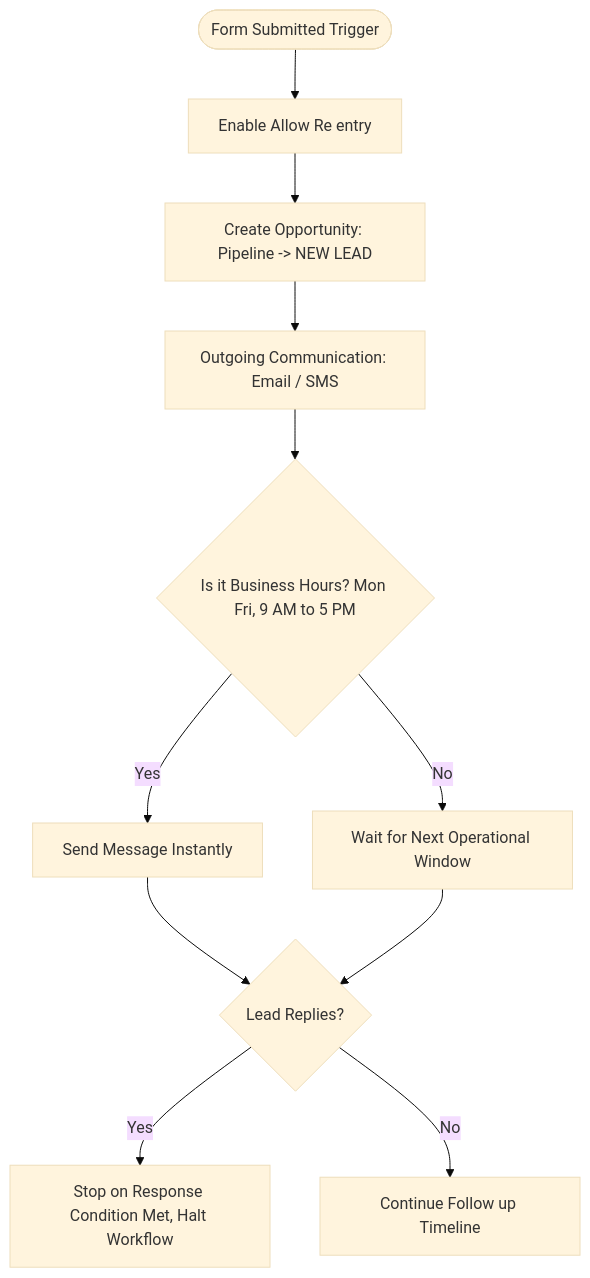
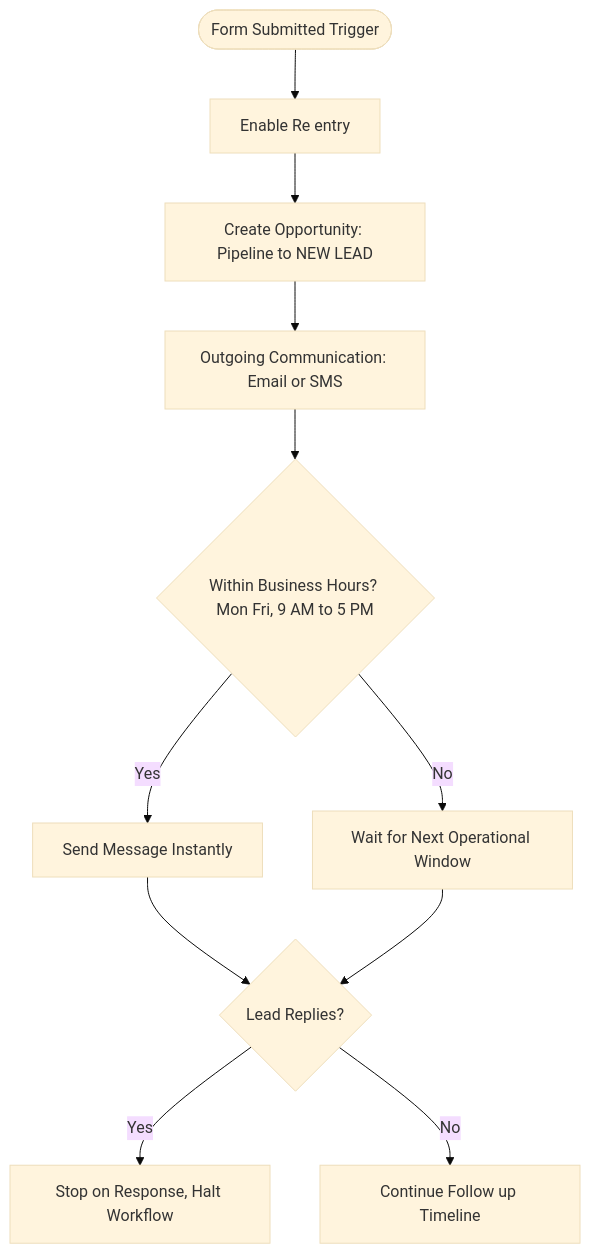
One commit to DerrickMits/ledger_article_site changed the second of 5 diagrams in content/articles/high-performance-gohighlevel-workflows.md. Above: the diagram before and after it, drawn with Mermaid (base theme). The commit also changed other lines of this file, not shown here.

First line of the commit message:
Shorten mermaid diagram node labels to fit inside shapes

````diff
--- a/content/articles/high-performance-gohighlevel-workflows.md
+++ b/content/articles/high-performance-gohighlevel-workflows.md
@@ -42,13 +42,13 @@
 ```mermaid
 flowchart TD
-    Start([Form Submitted Trigger]) --> Config[Enable Allow Re entry]
-    Config --> Opp[Create Opportunity: Pipeline -> NEW LEAD]
-    Opp --> Comm[Outgoing Communication: Email / SMS]
-    Comm --> Window{Is it Business Hours? Mon Fri, 9 AM to 5 PM}
+    Start([Form Submitted Trigger]) --> Config[Enable Re entry]
+    Config --> Opp[Create Opportunity: Pipeline to NEW LEAD]
+    Opp --> Comm[Outgoing Communication: Email or SMS]
+    Comm --> Window{Within Business Hours? Mon Fri, 9 AM to 5 PM}
     Window -->|Yes| Send[Send Message Instantly]
     Window -->|No| Hold[Wait for Next Operational Window]
     Send --> Monitor{Lead Replies?}
     Hold --> Monitor
-    Monitor -->|Yes| Stop[Stop on Response Condition Met, Halt Workflow]
+    Monitor -->|Yes| Stop[Stop on Response, Halt Workflow]
     Monitor -->|No| End[Continue Follow up Timeline]
 ```
````
